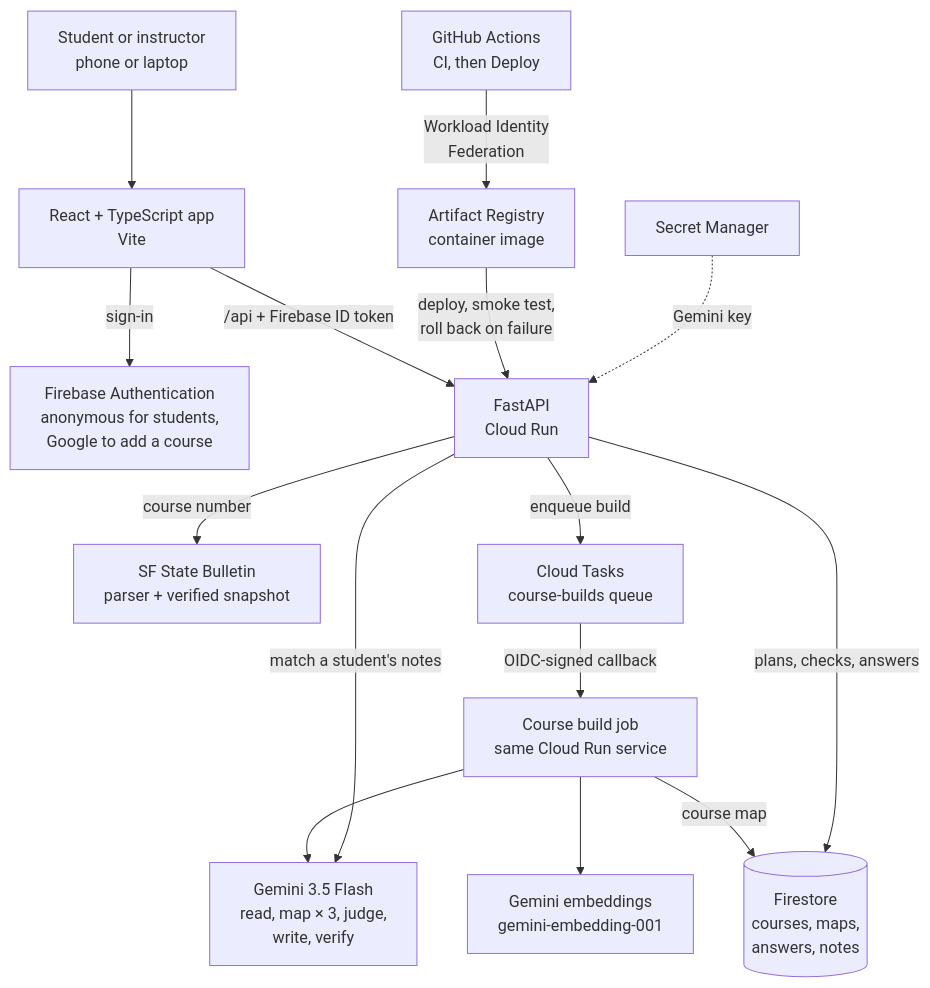
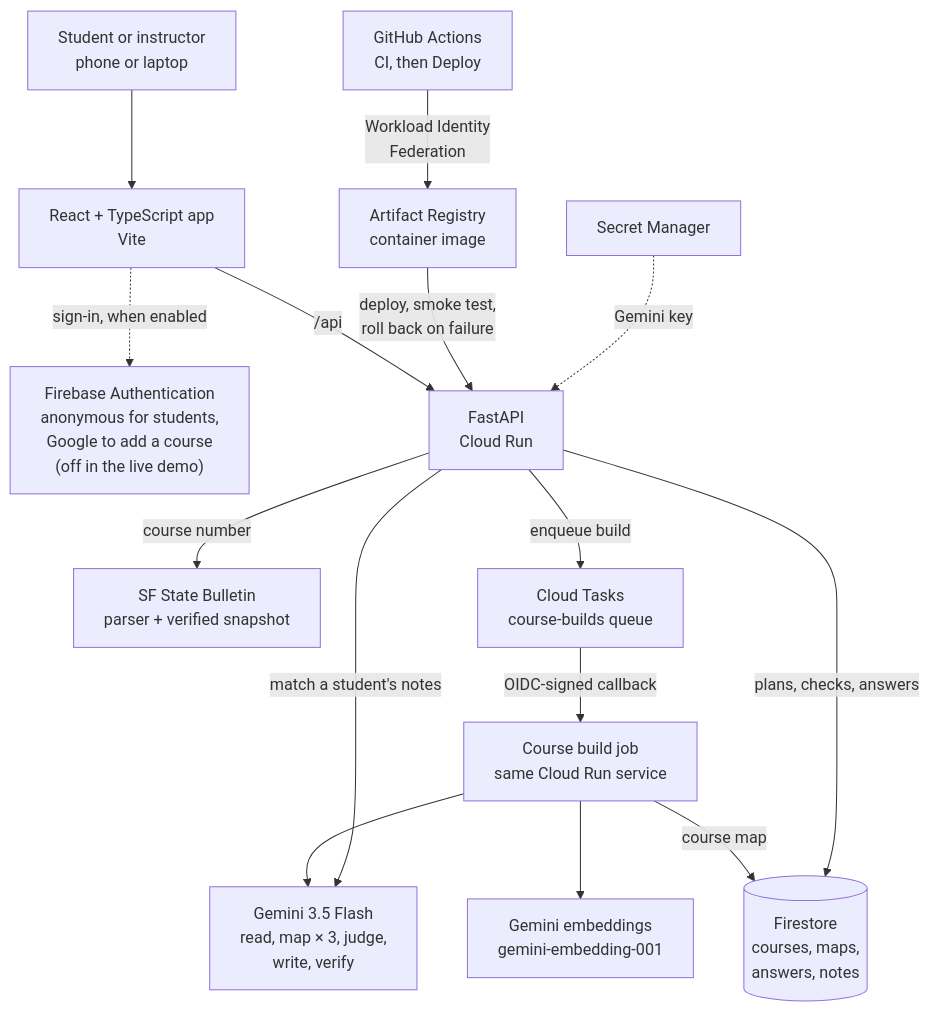
The second of 2 diagrams in README.md (shokhabbos-mukhammatov/throughline), drawn with Mermaid before and after one commit. The commit also changed other lines of this file, not shown here.

First line of the commit message:
README: solo author, both tracks, accurate sign-in note

````diff
--- a/README.md
+++ b/README.md
@@ -91,19 +91,19 @@
 ```mermaid
 flowchart TD
     U["Student or instructor<br/>phone or laptop"] --> FE["React + TypeScript app<br/>Vite"]
-    FE -- "sign-in" --> AUTH["Firebase Authentication<br/>anonymous for students,<br/>Google to add a course"]
-    FE -- "/api + Firebase ID token" --> API["FastAPI<br/>Cloud Run"]
+    FE -. "sign-in, when enabled" .-> AUTH["Firebase Authentication<br/>anonymous for students,<br/>Google to add a course<br/>(off in the live demo)"]
+    FE -- "/api" --> API["FastAPI<br/>Cloud Run"]
 
     GH["GitHub Actions<br/>CI, then Deploy"] -- "Workload Identity<br/>Federation" --> AR["Artifact Registry<br/>container image"]
     AR -- "deploy, smoke test,<br/>roll back on failure" --> API
     SEC["Secret Manager"] -. "Gemini key" .-> API
 
     API -- "course number" --> BUL["SF State Bulletin<br/>parser + verified snapshot"]
     API -- "enqueue build" --> TASKS["Cloud Tasks<br/>course-builds queue"]
     TASKS -- "OIDC-signed callback" --> JOB["Course build job<br/>same Cloud Run service"]
     JOB --> GEM["Gemini 3.5 Flash<br/>read, map × 3, judge,<br/>write, verify"]
     JOB --> EMB["Gemini embeddings<br/>gemini-embedding-001"]
     JOB -- "course map" --> DB[("Firestore<br/>courses, maps,<br/>answers, notes")]
     API -- "match a student's notes" --> GEM
     API -- "plans, checks, answers" --> DB
 ```
````
